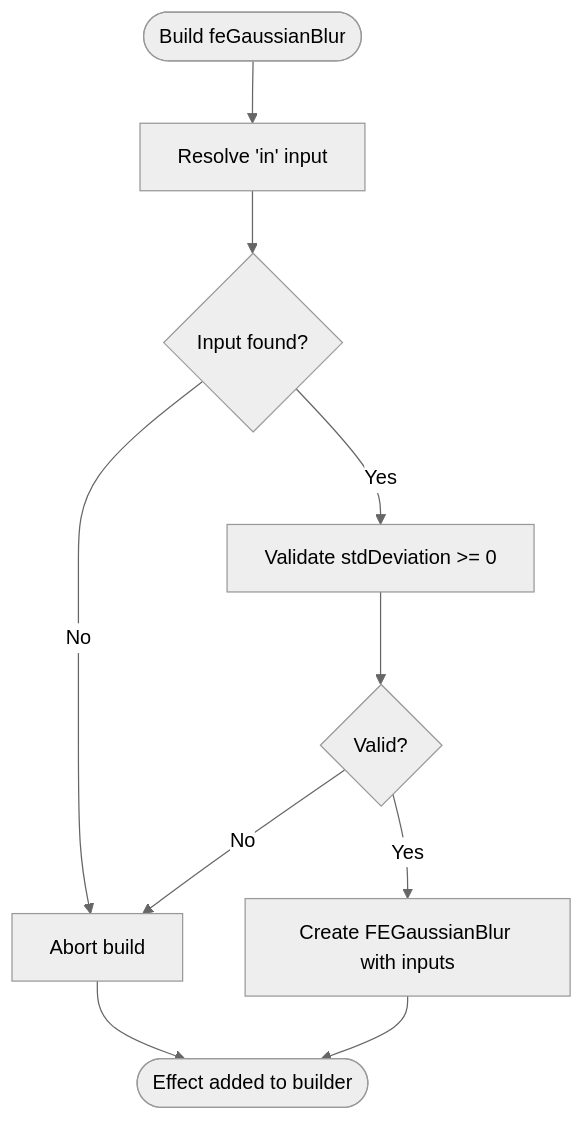
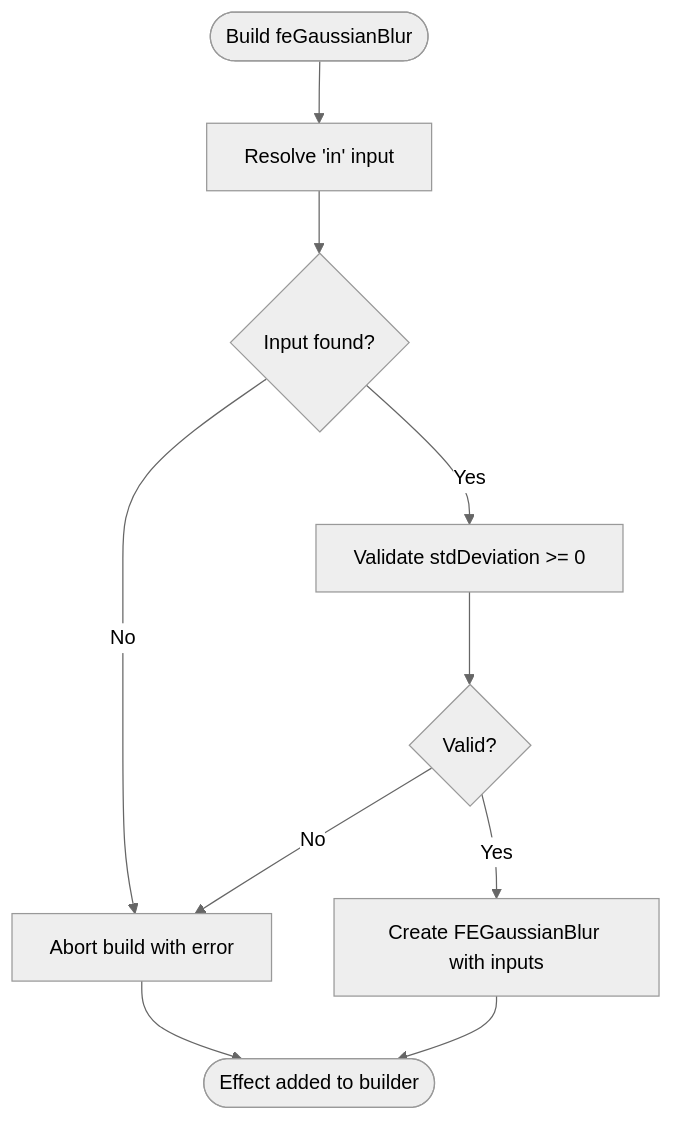
One commit to denisnadey/flutter_full_svg_support changed the third of 8 diagrams in .qoder/repowiki/en/content/Animated SVG Support/Advanced Animation Features/SVG Filters and Effects/Built-in Filter Primitives.md. Above: the diagram before and after it, drawn with Mermaid (neutral theme). The commit also changed other lines of this file and 19 other files, not shown here.

````diff
--- a/.qoder/repowiki/en/content/Animated SVG Support/Advanced Animation Features/SVG Filters and Effects/Built-in Filter Primitives.md
+++ b/.qoder/repowiki/en/content/Animated SVG Support/Advanced Animation Features/SVG Filters and Effects/Built-in Filter Primitives.md
@@ -144,12 +151,12 @@
 ```mermaid
 flowchart TD
 Start(["Build feGaussianBlur"]) --> GetIn["Resolve 'in' input"]
 GetIn --> HasIn{"Input found?"}
-HasIn --> |No| Fail["Abort build"]
+HasIn --> |No| Fail["Abort build with error"]
 HasIn --> |Yes| Validate["Validate stdDeviation >= 0"]
 Validate --> Valid{"Valid?"}
 Valid --> |No| Fail
 Valid --> |Yes| Create["Create FEGaussianBlur with inputs"]
 Create --> End(["Effect added to builder"])
 Fail --> End
 ```
````
